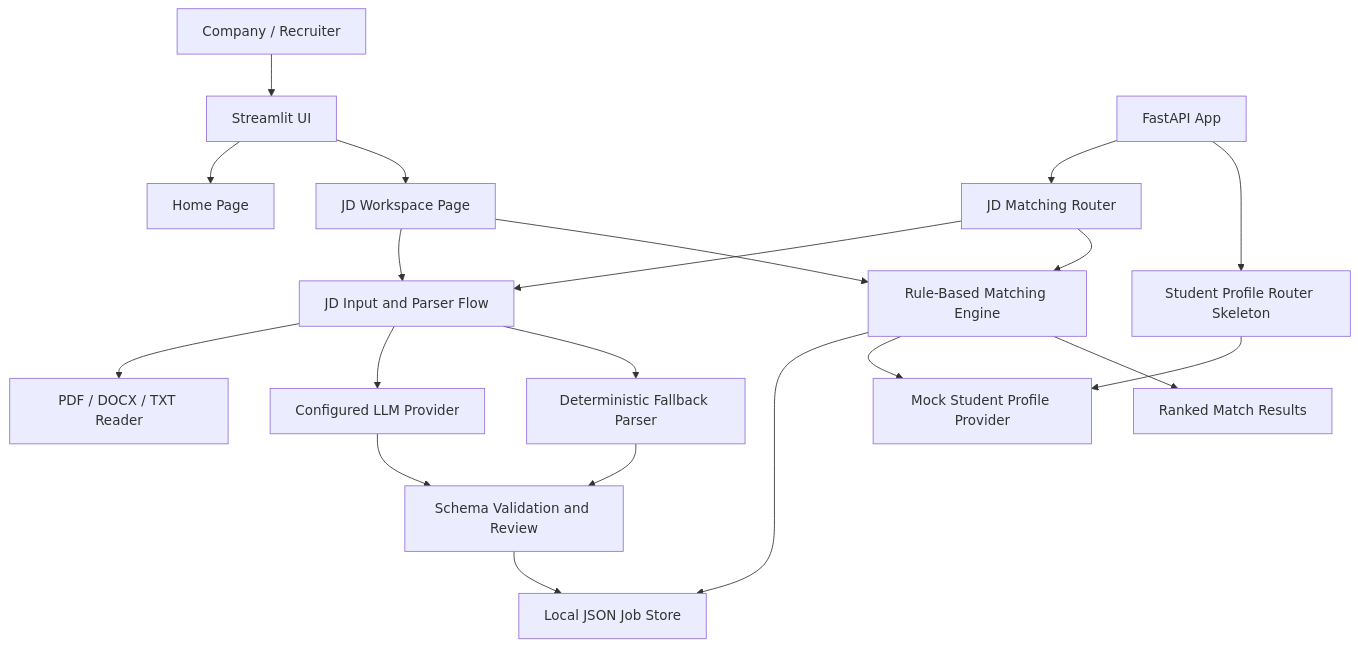
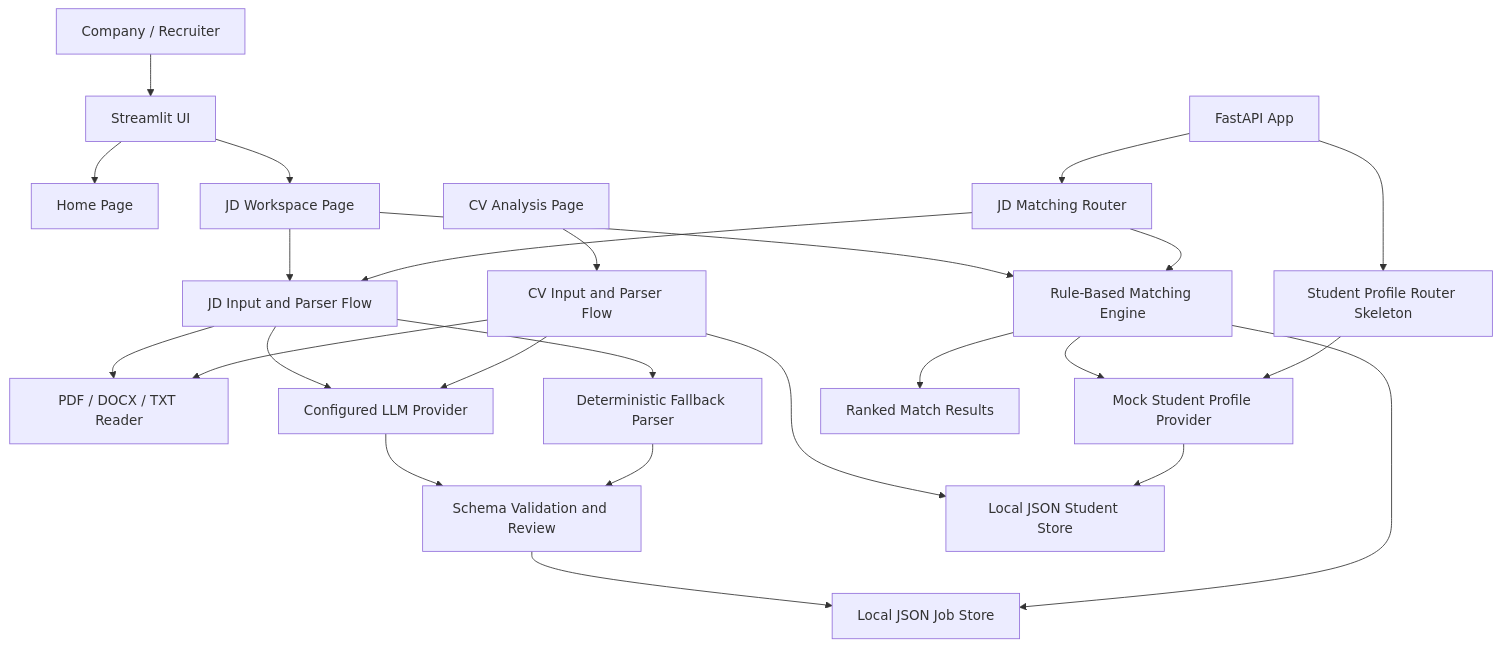
The diagram in docs/ARCHITECTURE.md (danielngo03/Vinuni-Career), drawn with Mermaid before and after one commit. The commit also changed other lines of this file and 23 other files, not shown here.

````diff
--- a/docs/ARCHITECTURE.md
+++ b/docs/ARCHITECTURE.md
@@ -9,22 +9,27 @@
 ```mermaid
 graph TB
     Company["Company / Recruiter"] --> UI["Streamlit UI"]
     UI --> Home["Home Page"]
     UI --> JDPage["JD Workspace Page"]
     JDPage --> ParserFlow["JD Input and Parser Flow"]
     ParserFlow --> Reader["PDF / DOCX / TXT Reader"]
     ParserFlow --> LLM["Configured LLM Provider"]
     ParserFlow --> Fallback["Deterministic Fallback Parser"]
     LLM --> Validator["Schema Validation and Review"]
     Fallback --> Validator
     Validator --> JobStore["Local JSON Job Store"]
     JDPage --> Matcher["Rule-Based Matching Engine"]
     Matcher --> JobStore
     Matcher --> StudentProvider["Mock Student Profile Provider"]
+    CVPage["CV Analysis Page"] --> CVParser["CV Input and Parser Flow"]
+    CVParser --> Reader
+    CVParser --> LLM
+    CVParser --> StudentStore["Local JSON Student Store"]
+    StudentProvider --> StudentStore
     Matcher --> Results["Ranked Match Results"]
     API["FastAPI App"] --> JDRouter["JD Matching Router"]
     API --> StudentRouter["Student Profile Router Skeleton"]
     JDRouter --> ParserFlow
     JDRouter --> Matcher
     StudentRouter --> StudentProvider
 ```
````
